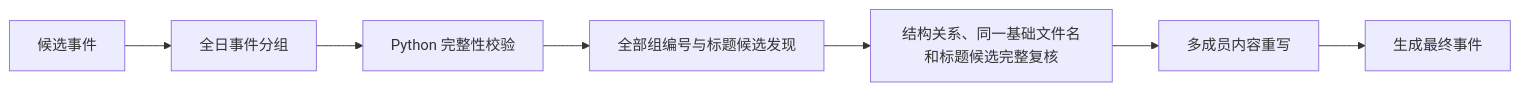
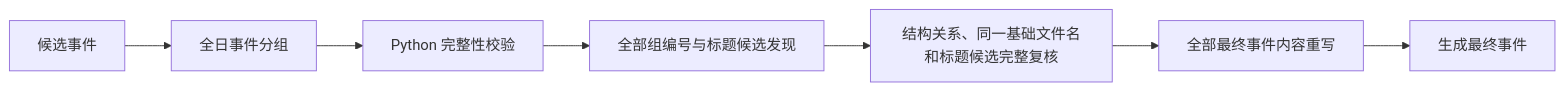
The diagram in docs/workstream-free-event-grouping-design.md (sunweisheng/WorkTrace), drawn with Mermaid before and after one commit. The commit also changed other lines of this file and 23 other files, not shown here.

````diff
--- a/docs/workstream-free-event-grouping-design.md
+++ b/docs/workstream-free-event-grouping-design.md
@@ -9,9 +9,9 @@
 ```mermaid
 flowchart LR
     A["候选事件"] --> B["全日事件分组"]
     B --> C["Python 完整性校验"]
     C --> D["全部组编号与标题候选发现"]
     D --> E["结构关系、同一基础文件名和标题候选完整复核"]
-    E --> F["多成员内容重写"]
+    E --> F["全部最终事件内容重写"]
     F --> G["生成最终事件"]
 ```
````
